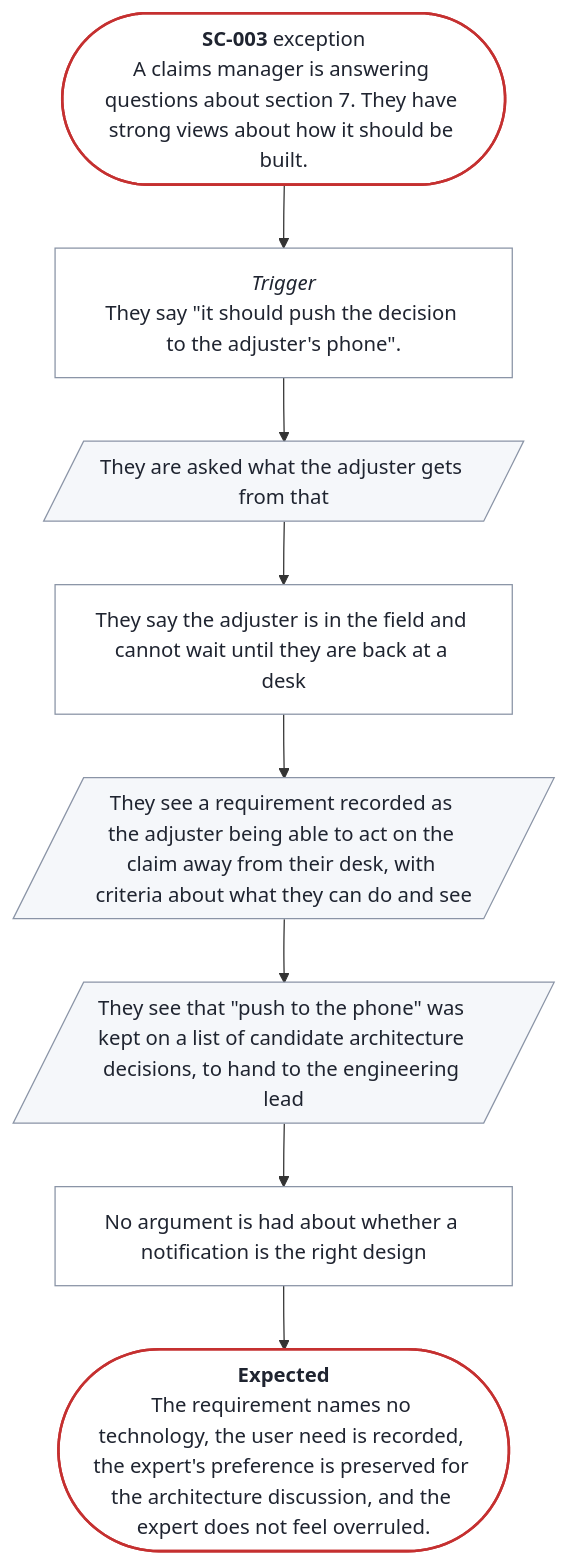
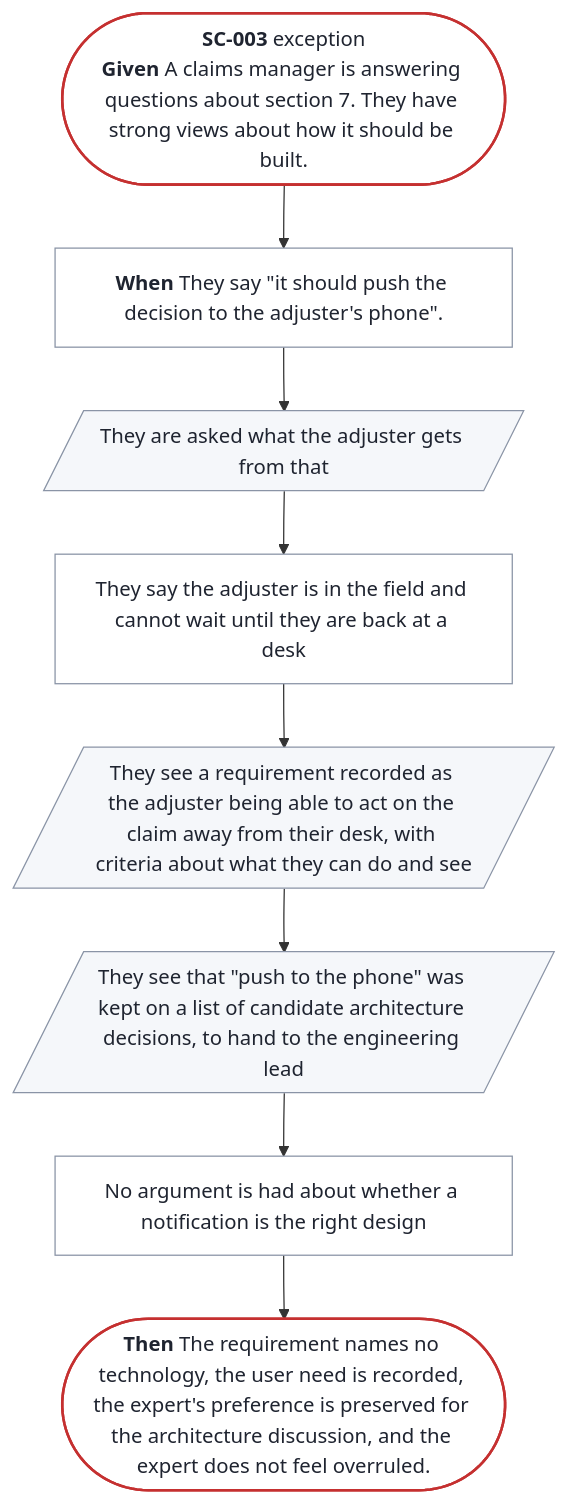
Before and after one commit to SpillwaveSolutions/prd-forge: the diagram in docs/prd/prd-forge/diagrams/SC-003.mmd, drawn with Mermaid. The commit also changed 40 other files, not shown here.

```diff
--- a/docs/prd/prd-forge/diagrams/SC-003.mmd
+++ b/docs/prd/prd-forge/diagrams/SC-003.mmd
@@ -1,22 +1,22 @@
 %% Generated by prd-diagrams.mjs from the scenario front matter. Do not edit.
 %%{init: {"flowchart": {"wrappingWidth": 300}}}%%
 flowchart TB
-  start(["<b>SC-003</b> exception<br/>A claims manager is answering questions about section 7. They have strong views about how it should be built."])
-  trigger["<i>Trigger</i><br/>They say #quot;it should push the decision to the adjuster's phone#quot;."]
+  start(["<b>SC-003</b> exception<br/><b>Given</b> A claims manager is answering questions about section 7. They have strong views about how it should be built."])
+  trigger["<b>When</b> They say #quot;it should push the decision to the adjuster's phone#quot;."]
   s0[/"They are asked what the adjuster gets from that"/]
   s1["They say the adjuster is in the field and cannot wait until they are back at a desk"]
   s2[/"They see a requirement recorded as the adjuster being able to act on the claim away from their desk, with criteria about what they can do and see"/]
   s3[/"They see that #quot;push to the phone#quot; was kept on a list of candidate architecture decisions, to hand to the engineering lead"/]
   s4["No argument is had about whether a notification is the right design"]
-  done(["<b>Expected</b><br/>The requirement names no technology, the user need is recorded, the expert's preference is preserved for the architecture discussion, and the expert does not feel overruled."])
+  done(["<b>Then</b> The requirement names no technology, the user need is recorded, the expert's preference is preserved for the architecture discussion, and the expert does not feel overruled."])
   start --> trigger --> s0 --> s1 --> s2 --> s3 --> s4 --> done
   classDef ends fill:#FFFFFF,stroke:#C53030,stroke-width:2px,color:#1F2430
   classDef sees fill:#F5F7FA,stroke:#8A94A6,color:#1F2430
   classDef does fill:#FFFFFF,stroke:#8A94A6,color:#1F2430
   class start,done ends
   class s0 sees
   class s1 does
   class s2 sees
   class s3 sees
   class s4 does
   class trigger does
```
